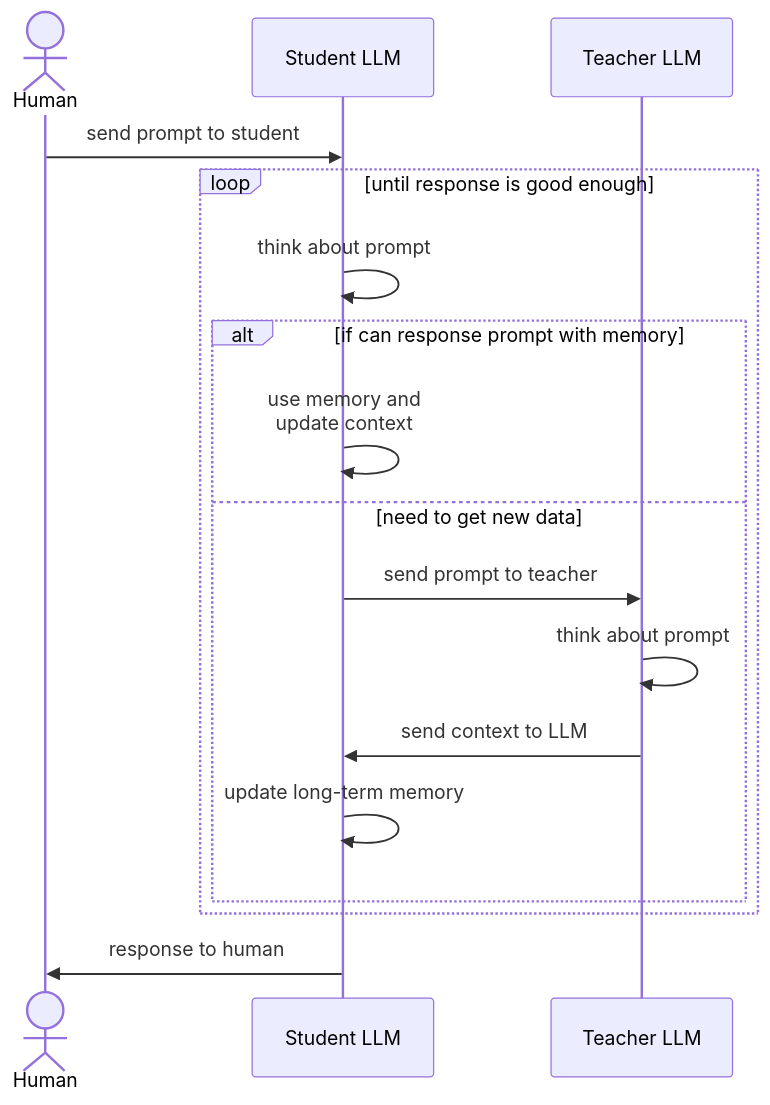
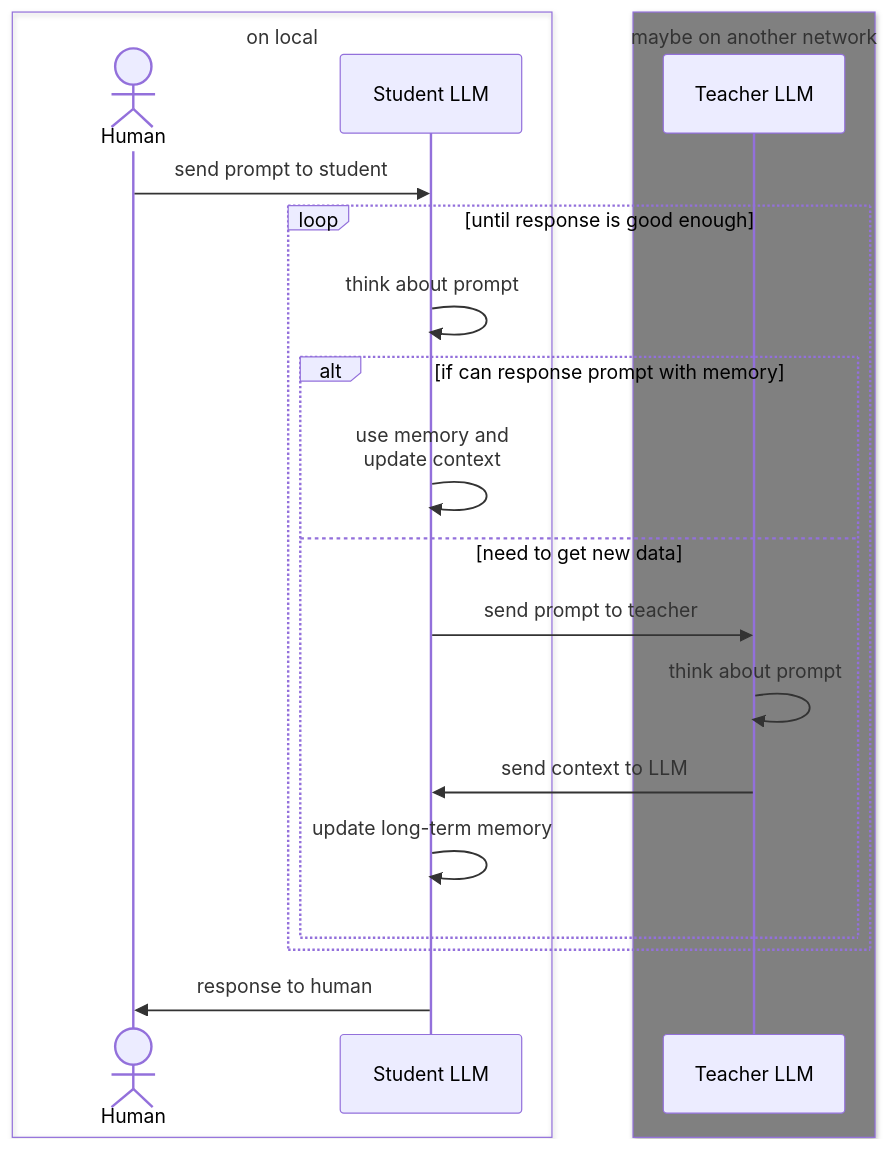
One commit to AlgoNouir/HDCA changed the diagram in README.md. Above: the diagram before and after it, drawn with Mermaid.

Commit message:
Document refactoring

````diff
--- a/README.md
+++ b/README.md
@@ -35,24 +35,30 @@
 ```mermaid
 sequenceDiagram
-    actor H as Human
-    participant S as Student LLM
-    participant T as Teacher LLM
 
-    H ->> S: send prompt to student
+   box on local
+      actor H as Human
+      participant S as Student LLM
+   end
 
-    loop until response is good enough
-        S ->> S: think about prompt
+   box Gray maybe on another network
+      participant T as Teacher LLM
+   end
 
-        alt if can response prompt with memory
-            S ->> S: use memory and<br>update context
-        else need to get new data
-            S ->> T: send prompt to teacher
-            T ->> T: think about prompt
-            T ->> S: send context to LLM
-            S ->> S: update long-term memory
-        end
-    end
+   H ->> S: send prompt to student
 
-    S ->> H: response to human
+   loop until response is good enough
+      S ->> S: think about prompt
+
+      alt if can response prompt with memory
+         S ->> S: use memory and<br>update context
+      else need to get new data
+         S ->> T: send prompt to teacher
+         T ->> T: think about prompt
+         T ->> S: send context to LLM
+         S ->> S: update long-term memory
+      end
+   end
+
+   S ->> H: response to human
 
 ```
````
